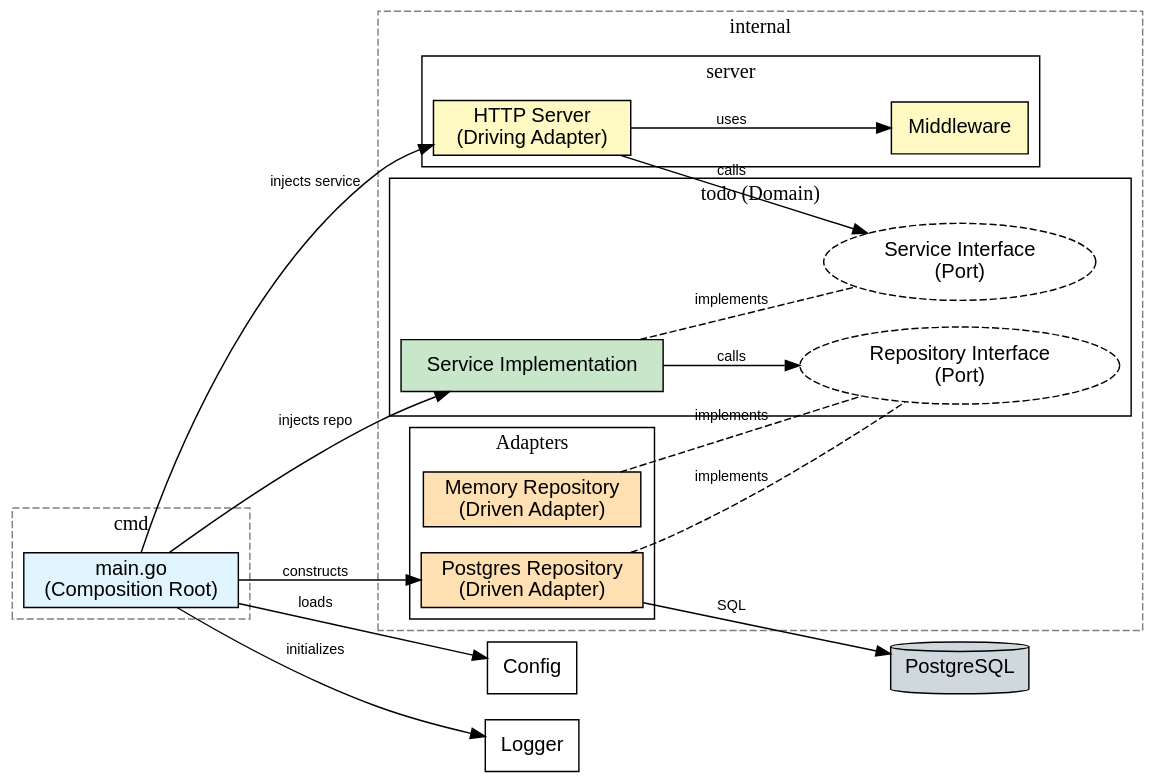
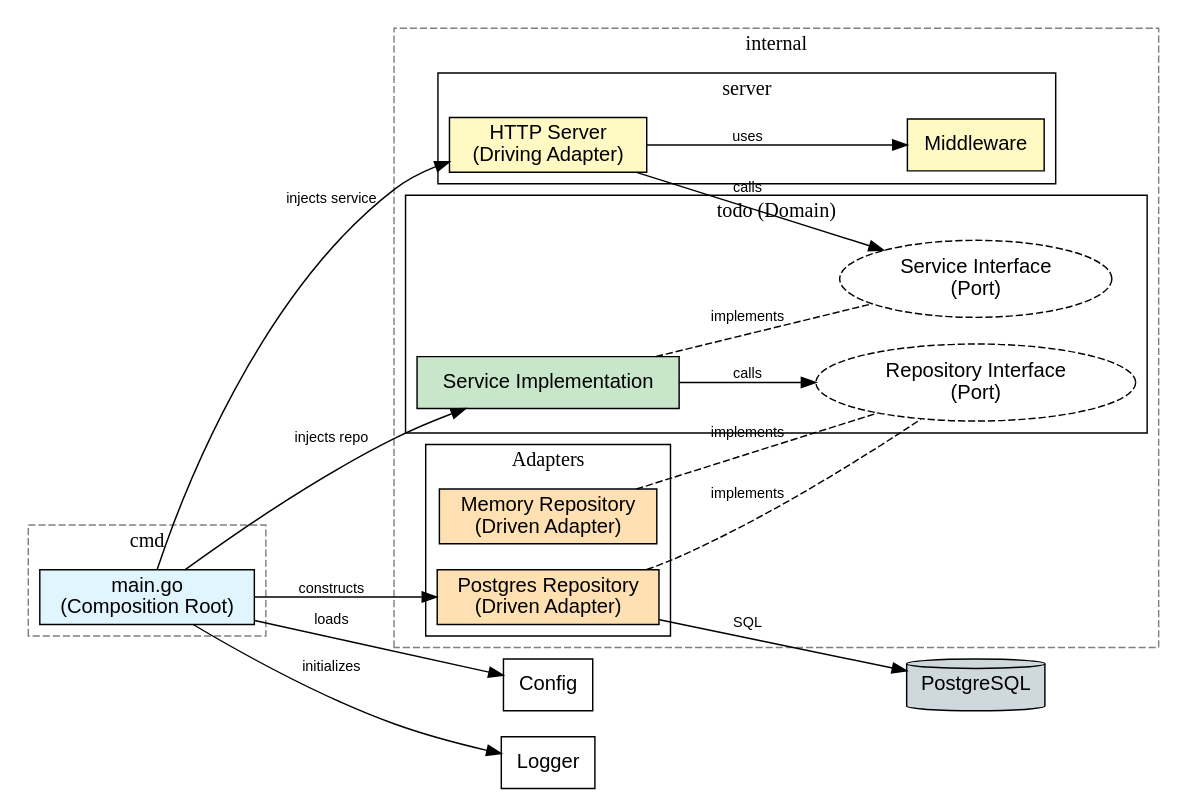
Before and after one commit to jllovet/go-server-template: the diagram in architecture.dot, drawn with Graphviz. The commit also changed 1 other file, not shown here.

```diff
--- a/architecture.dot
+++ b/architecture.dot
@@ -1,64 +1,63 @@
 digraph Architecture {
     rankdir=LR;
     node [shape=box, style=filled, fillcolor=white, fontname="Helvetica"];
     edge [fontname="Helvetica", fontsize=10];
-    bgcolor="transparent";
 
     subgraph cluster_cmd {
         label="cmd";
         style=dashed;
         color=grey;
         Main [label="main.go\n(Composition Root)", fillcolor="#e1f5fe"];
     }
 
     subgraph cluster_internal {
         label="internal";
         style=dashed;
         color=grey;
 
         subgraph cluster_server {
             label="server";
             style=solid;
             color=black;
             HTTP_Server [label="HTTP Server\n(Driving Adapter)", fillcolor="#fff9c4"];
             Middleware [label="Middleware", fillcolor="#fff9c4"];
         }
 
         subgraph cluster_todo {
             label="todo (Domain)";
             style=solid;
             color=black;
             Service_Interface [label="Service Interface\n(Port)", shape=ellipse, style=dashed];
             Service_Impl [label="Service Implementation", fillcolor="#c8e6c9"];
             Repo_Interface [label="Repository Interface\n(Port)", shape=ellipse, style=dashed];
         }
 
         subgraph cluster_adapters {
             label="Adapters";
             style=solid;
             color=black;
             Postgres_Repo [label="Postgres Repository\n(Driven Adapter)", fillcolor="#ffe0b2"];
             Memory_Repo [label="Memory Repository\n(Driven Adapter)", fillcolor="#ffe0b2"];
         }
     }
 
     Config [label="Config"];
     Logger [label="Logger"];
     Database [shape=cylinder, label="PostgreSQL", fillcolor="#cfd8dc"];
 
     Main -> Config [label="loads"];
     Main -> Logger [label="initializes"];
     Main -> Postgres_Repo [label="constructs"];
     Main -> Service_Impl [label="injects repo"];
     Main -> HTTP_Server [label="injects service"];
 
     HTTP_Server -> Middleware [label="uses"];
     HTTP_Server -> Service_Interface [label="calls"];
     Service_Impl -> Service_Interface [style=dashed, arrowhead=none, label="implements"];
     Service_Impl -> Repo_Interface [label="calls"];
     
     Postgres_Repo -> Repo_Interface [style=dashed, arrowhead=none, label="implements"];
     Memory_Repo -> Repo_Interface [style=dashed, arrowhead=none, label="implements"];
 
     Postgres_Repo -> Database [label="SQL"];
 }
```
